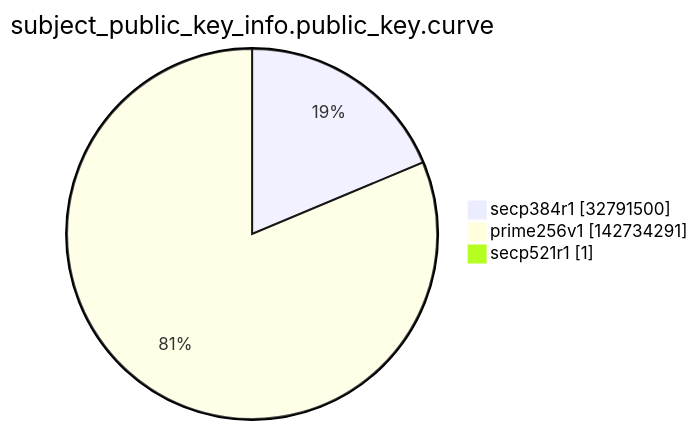
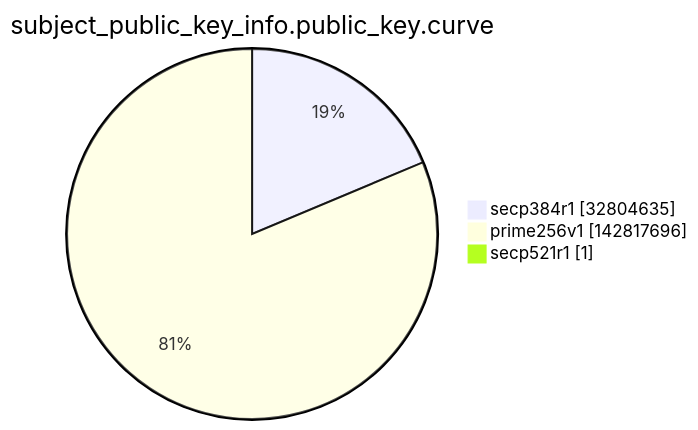
Before and after one commit to christiankrug/ctmonitor_visualization: the ninth of 15 diagrams in argon2022/README.md, drawn with Mermaid. The commit also changed other lines of this file, not shown here.

````diff
--- a/argon2022/README.md
+++ b/argon2022/README.md
@@ -2764,7 +2764,7 @@
 ```mermaid
 pie showData
 title subject_public_key_info.public_key.curve
-"secp384r1" :32791500
-"prime256v1" :142734291
+"secp384r1" :32804635
+"prime256v1" :142817696
 "secp521r1" :1
 ```
````
